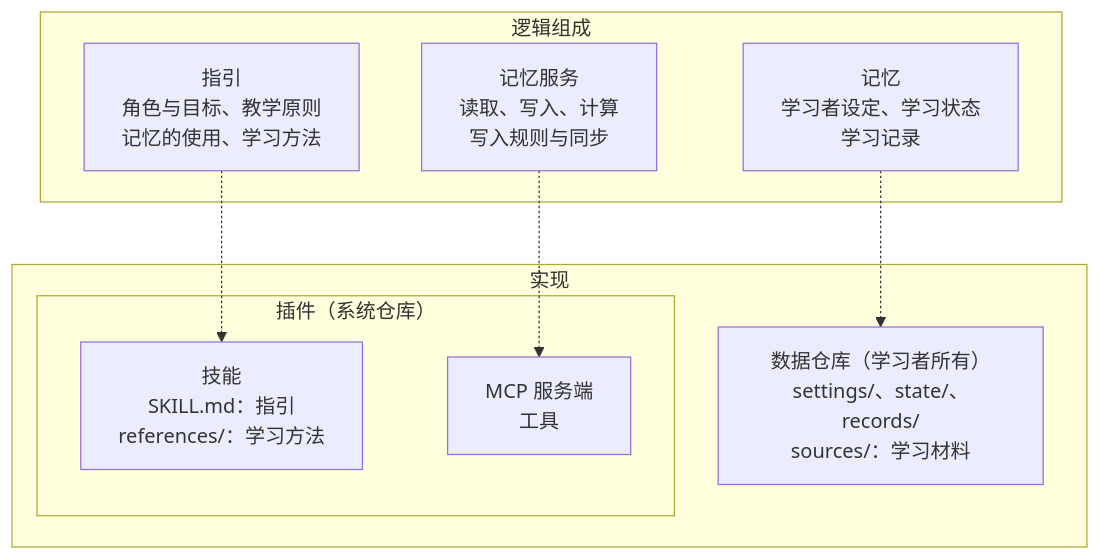
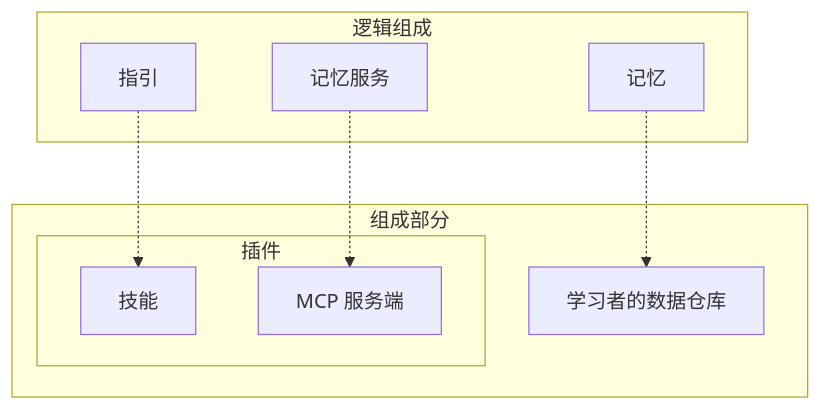
The diagram in docs/README.md (Aice-Chen/cairn-system), drawn with Mermaid before and after one commit. The commit also changed other lines of this file and 9 other files, not shown here.

````diff
--- a/docs/README.md
+++ b/docs/README.md
@@ -24,18 +60,18 @@
 ```mermaid
 flowchart TB
     subgraph logical["逻辑组成"]
-        G["指引<br/>角色与目标、教学原则<br/>记忆的使用、学习方法"]
-        S["记忆服务<br/>读取、写入、计算<br/>写入规则与同步"]
-        M["记忆<br/>学习者设定、学习状态<br/>学习记录"]
+        G["指引"]
+        S["记忆服务"]
+        M["记忆"]
     end
-    subgraph impl["实现"]
-        subgraph plugin["插件（系统仓库）"]
-            SK["技能<br/>SKILL.md：指引<br/>references/：学习方法"]
-            SV["MCP 服务端<br/>工具"]
+    subgraph impl["组成部分"]
+        subgraph plugin["插件"]
+            SK["技能"]
+            SV["MCP 服务端"]
         end
-        DR["数据仓库（学习者所有）<br/>settings/、state/、records/<br/>sources/：学习材料"]
+        DR["学习者的数据仓库"]
     end
     G -.-> SK
     S -.-> SV
     M -.-> DR
 ```
````
